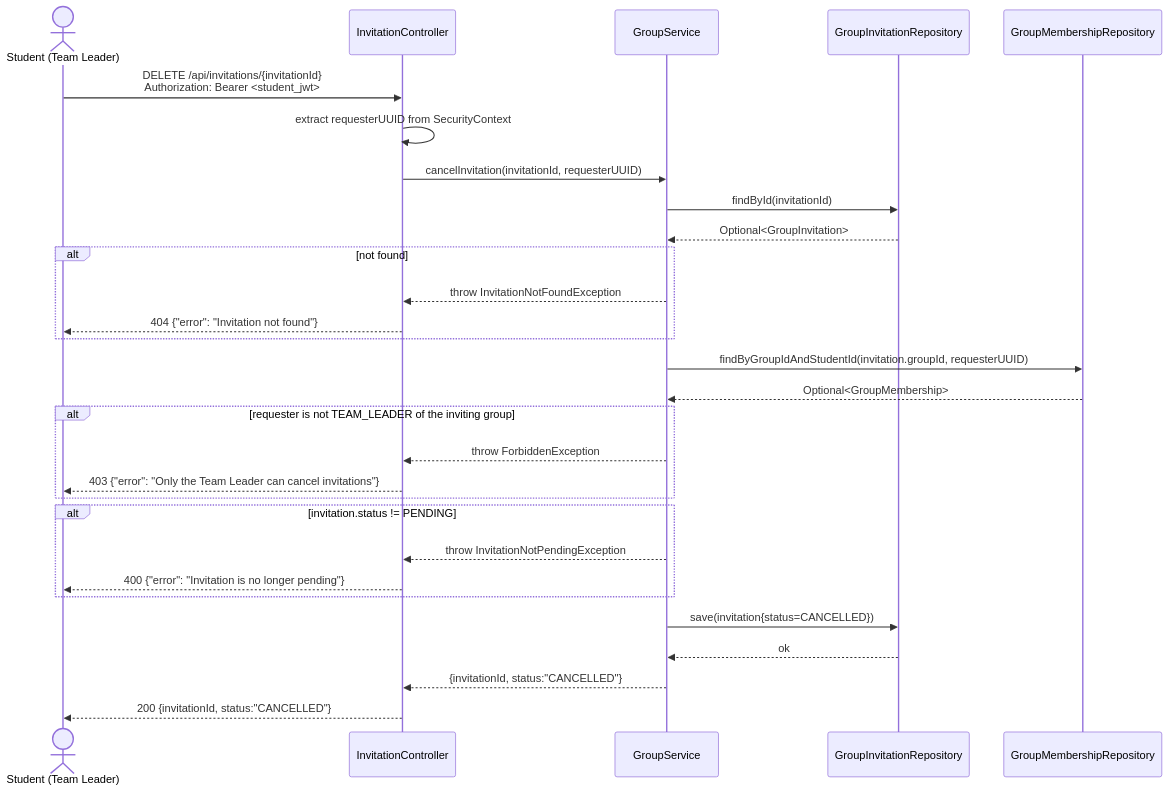
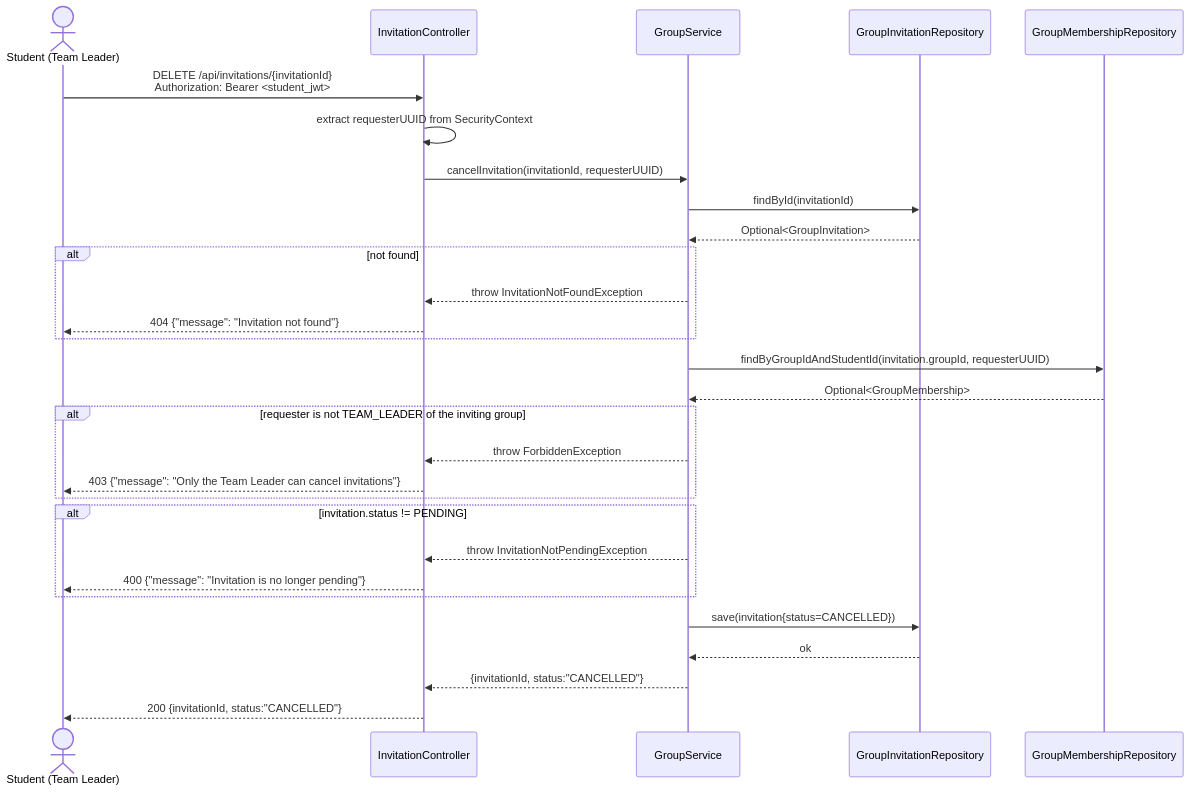
One commit to SE3318-Spring-2025-2026/senior-app-6 changed the fourth of 4 diagrams in docs/process2/sequences/2.2_invitation_send_p2.md. Above: the diagram before and after it, drawn with Mermaid. The commit also changed other lines of this file and 27 other files, not shown here.

````diff
--- a/docs/process2/sequences/2.2_invitation_send_p2.md
+++ b/docs/process2/sequences/2.2_invitation_send_p2.md
@@ -152,40 +152,40 @@
 ```mermaid
 sequenceDiagram
     actor Student as Student (Team Leader)
     participant InvitationController
     participant GroupService
     participant GroupInvitationRepository
     participant GroupMembershipRepository
 
     Student->>InvitationController: DELETE /api/invitations/{invitationId}<br/>Authorization: Bearer <student_jwt>
 
     InvitationController->>InvitationController: extract requesterUUID from SecurityContext
     InvitationController->>GroupService: cancelInvitation(invitationId, requesterUUID)
 
     GroupService->>GroupInvitationRepository: findById(invitationId)
     GroupInvitationRepository-->>GroupService: Optional<GroupInvitation>
 
     alt not found
         GroupService-->>InvitationController: throw InvitationNotFoundException
-        InvitationController-->>Student: 404 {"error": "Invitation not found"}
+        InvitationController-->>Student: 404 {"message": "Invitation not found"}
     end
 
     GroupService->>GroupMembershipRepository: findByGroupIdAndStudentId(invitation.groupId, requesterUUID)
     GroupMembershipRepository-->>GroupService: Optional<GroupMembership>
 
     alt requester is not TEAM_LEADER of the inviting group
         GroupService-->>InvitationController: throw ForbiddenException
-        InvitationController-->>Student: 403 {"error": "Only the Team Leader can cancel invitations"}
+        InvitationController-->>Student: 403 {"message": "Only the Team Leader can cancel invitations"}
     end
 
     alt invitation.status != PENDING
         GroupService-->>InvitationController: throw InvitationNotPendingException
-        InvitationController-->>Student: 400 {"error": "Invitation is no longer pending"}
+        InvitationController-->>Student: 400 {"message": "Invitation is no longer pending"}
     end
 
     GroupService->>GroupInvitationRepository: save(invitation{status=CANCELLED})
     GroupInvitationRepository-->>GroupService: ok
 
     GroupService-->>InvitationController: {invitationId, status:"CANCELLED"}
     InvitationController-->>Student: 200 {invitationId, status:"CANCELLED"}
 ```
````
